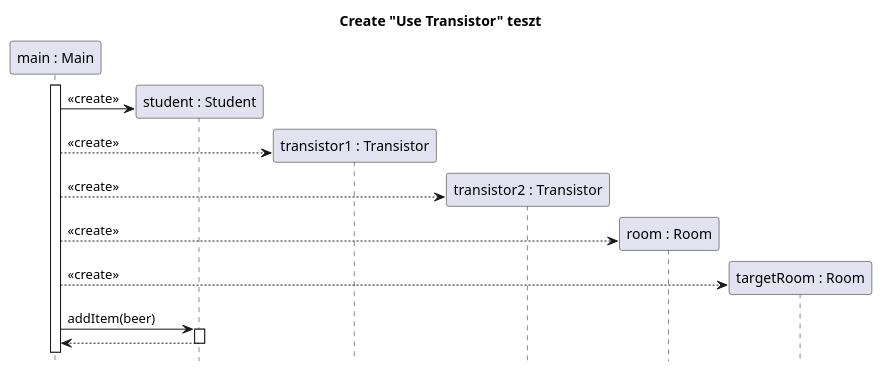
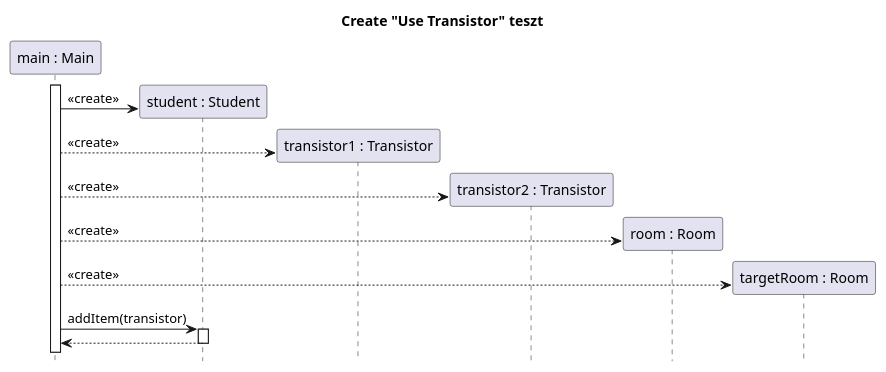
The diagram in docs/diagrams/test-create-sequence/student-use-transistor-create.puml (sn4k3ch4rm3r/logarlec), drawn with PlantUML before and after one commit. The commit also changed 8 other files, not shown here.

Commit message:
Fixing some test-(create)-sequence diagrams

```diff
--- a/docs/diagrams/test-create-sequence/student-use-transistor-create.puml
+++ b/docs/diagrams/test-create-sequence/student-use-transistor-create.puml
@@ -1,27 +1,27 @@
 @startuml student-use-transistor-create
 title Create "Use Transistor" teszt
 hide footbox
 
 participant "main : Main" as main
 participant "student : Student" as student
 participant "transistor1 : Transistor" as tr
 participant "transistor2 : Transistor" as tr2
 participant "room : Room" as room
 participant "targetRoom : Room" as targetRoom
 
 main++
 create student
 main -> student : <<create>>
 create tr
 main --> tr : <<create>>
 create tr2
 main --> tr2 : <<create>>
 create room
 main --> room : <<create>>
 create targetRoom
 main --> targetRoom : <<create>>
-main -> student ++ : addItem(beer)
+main -> student ++ : addItem(transistor)
 return
 
 
 @enduml
```
